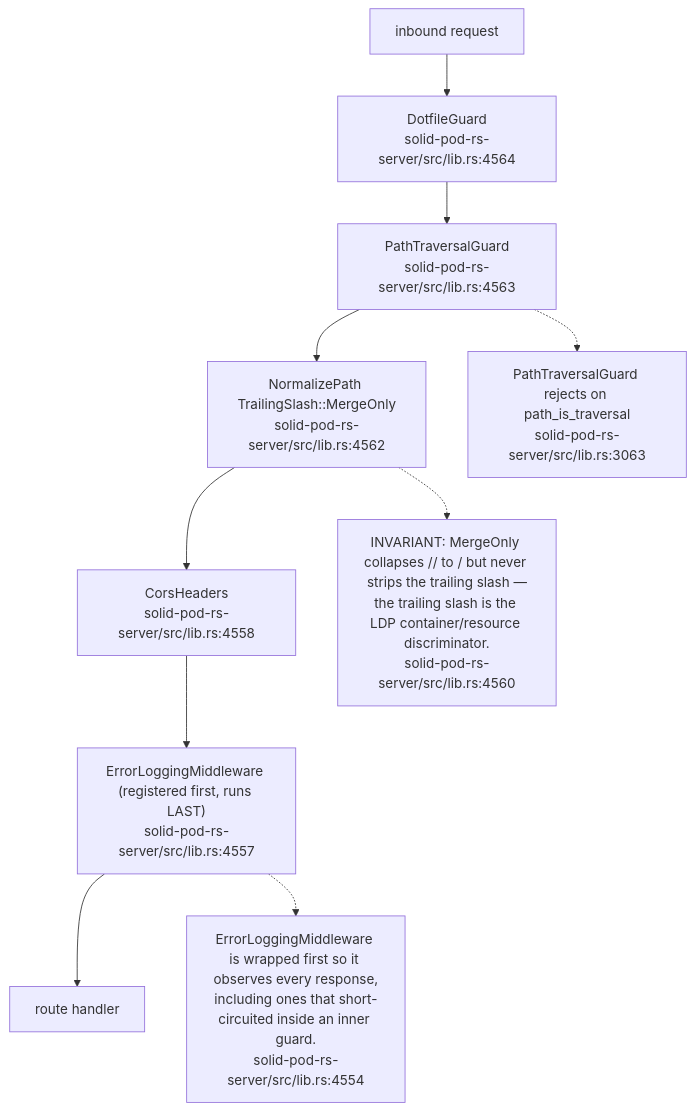
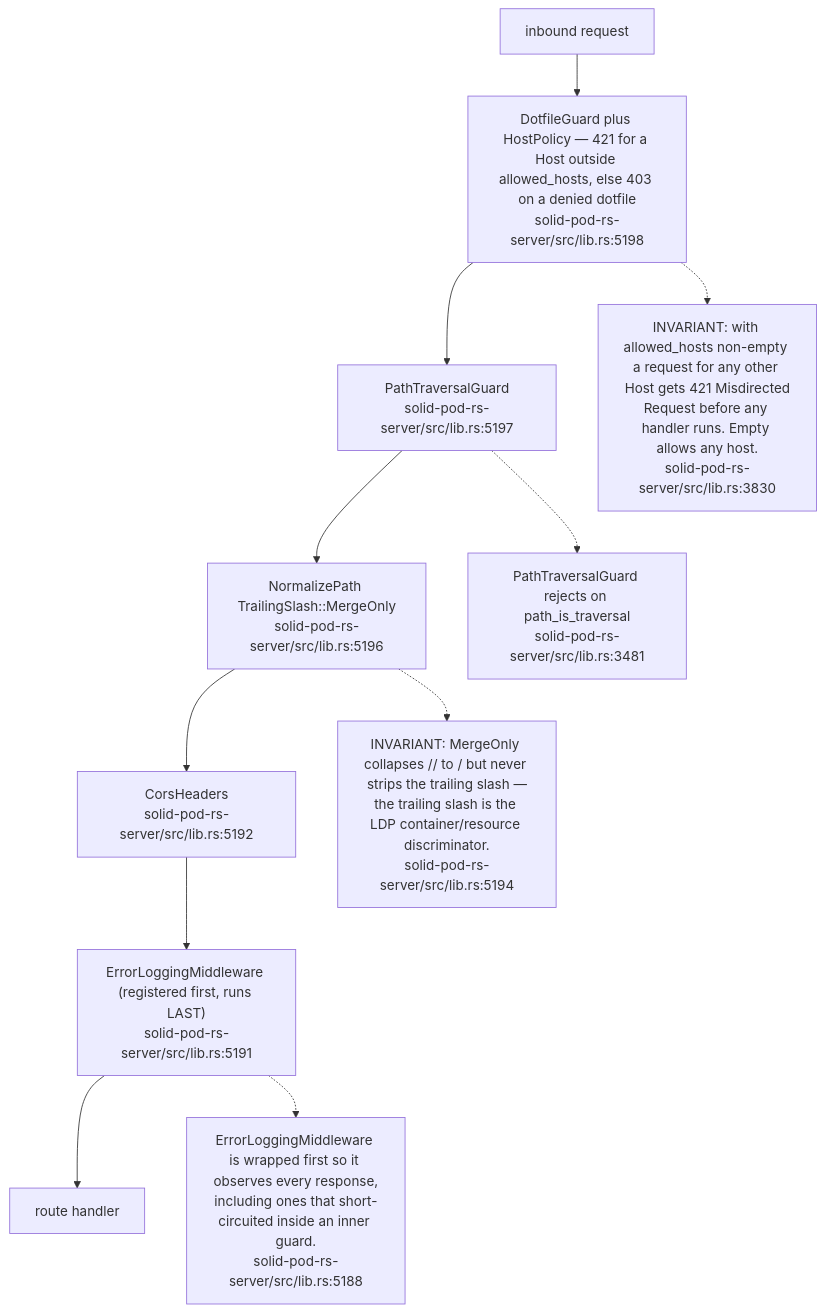
One commit to DreamLab-AI/VisionFlow changed the seventh of 11 diagrams in docs/diagrams/solid-pod-rs/02-server-boot-and-routes.md. Above: the diagram before and after it, drawn with Mermaid. The commit also changed other lines of this file and 160 other files, not shown here.

````diff
--- a/docs/diagrams/solid-pod-rs/02-server-boot-and-routes.md
+++ b/docs/diagrams/solid-pod-rs/02-server-boot-and-routes.md
@@ -182,19 +196,21 @@
 ```mermaid
 flowchart TD
     REQ["inbound request"]
-    ELM["ErrorLoggingMiddleware (registered first, runs LAST)<br/>solid-pod-rs-server/src/lib.rs:4557"]
-    CORS["CorsHeaders<br/>solid-pod-rs-server/src/lib.rs:4558"]
-    NORM["NormalizePath TrailingSlash::MergeOnly<br/>solid-pod-rs-server/src/lib.rs:4562"]
-    PTG["PathTraversalGuard<br/>solid-pod-rs-server/src/lib.rs:4563"]
-    DFG["DotfileGuard<br/>solid-pod-rs-server/src/lib.rs:4564"]
+    ELM["ErrorLoggingMiddleware (registered first, runs LAST)<br/>solid-pod-rs-server/src/lib.rs:5191"]
+    CORS["CorsHeaders<br/>solid-pod-rs-server/src/lib.rs:5192"]
+    NORM["NormalizePath TrailingSlash::MergeOnly<br/>solid-pod-rs-server/src/lib.rs:5196"]
+    PTG["PathTraversalGuard<br/>solid-pod-rs-server/src/lib.rs:5197"]
+    DFG["DotfileGuard plus HostPolicy — 421 for a Host outside allowed_hosts, else 403 on a denied dotfile<br/>solid-pod-rs-server/src/lib.rs:5198"]
     H["route handler"]
 
     REQ --> DFG --> PTG --> NORM --> CORS --> ELM --> H
 
-    N1["INVARIANT: MergeOnly collapses // to / but never strips the trailing slash —<br/>the trailing slash is the LDP container/resource discriminator.<br/>solid-pod-rs-server/src/lib.rs:4560"]
+    N1["INVARIANT: MergeOnly collapses // to / but never strips the trailing slash —<br/>the trailing slash is the LDP container/resource discriminator.<br/>solid-pod-rs-server/src/lib.rs:5194"]
     NORM -.-> N1
-    N2["ErrorLoggingMiddleware is wrapped first so it observes every response,<br/>including ones that short-circuited inside an inner guard.<br/>solid-pod-rs-server/src/lib.rs:4554"]
+    N2["ErrorLoggingMiddleware is wrapped first so it observes every response,<br/>including ones that short-circuited inside an inner guard.<br/>solid-pod-rs-server/src/lib.rs:5188"]
     ELM -.-> N2
-    N3["PathTraversalGuard rejects on path_is_traversal<br/>solid-pod-rs-server/src/lib.rs:3063"]
+    N3["PathTraversalGuard rejects on path_is_traversal<br/>solid-pod-rs-server/src/lib.rs:3481"]
     PTG -.-> N3
+    N4["INVARIANT: with allowed_hosts non-empty a request for any other Host gets 421 Misdirected<br/>Request before any handler runs. Empty allows any host.<br/>solid-pod-rs-server/src/lib.rs:3830"]
+    DFG -.-> N4
 ```
````
